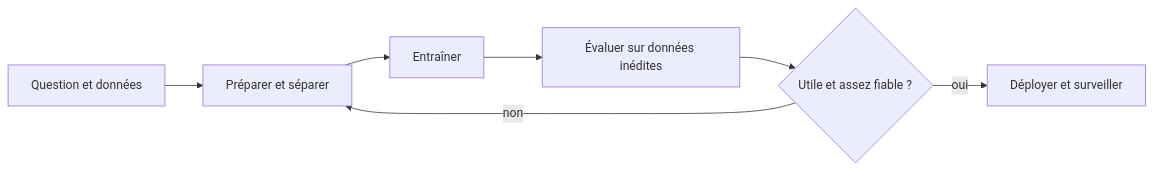
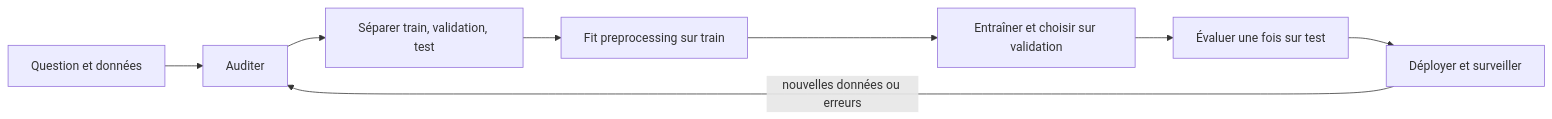
Before and after one commit to BADR-JOULAlI/ml-dl-learning-hub: the diagram in modules/00-getting-started/README.md, drawn with Mermaid. The commit also changed other lines of this file and 13 other files, not shown here.

Commit message:
Add original ML pipeline diagrams and guided notebook

````diff
--- a/modules/00-getting-started/README.md
+++ b/modules/00-getting-started/README.md
@@ -16,9 +17,10 @@
 ```mermaid
 flowchart LR
-  A[Question et données] --> B[Préparer et séparer]
-  B --> C[Entraîner]
-  C --> D[Évaluer sur données inédites]
-  D --> E{Utile et assez fiable ?}
-  E -- non --> B
-  E -- oui --> F[Déployer et surveiller]
+  A[Question et données] --> B[Auditer]
+  B --> C[Séparer train, validation, test]
+  C --> D[Fit preprocessing sur train]
+  D --> E[Entraîner et choisir sur validation]
+  E --> F[Évaluer une fois sur test]
+  F --> G[Déployer et surveiller]
+  G -- nouvelles données ou erreurs --> B
 ```
````
